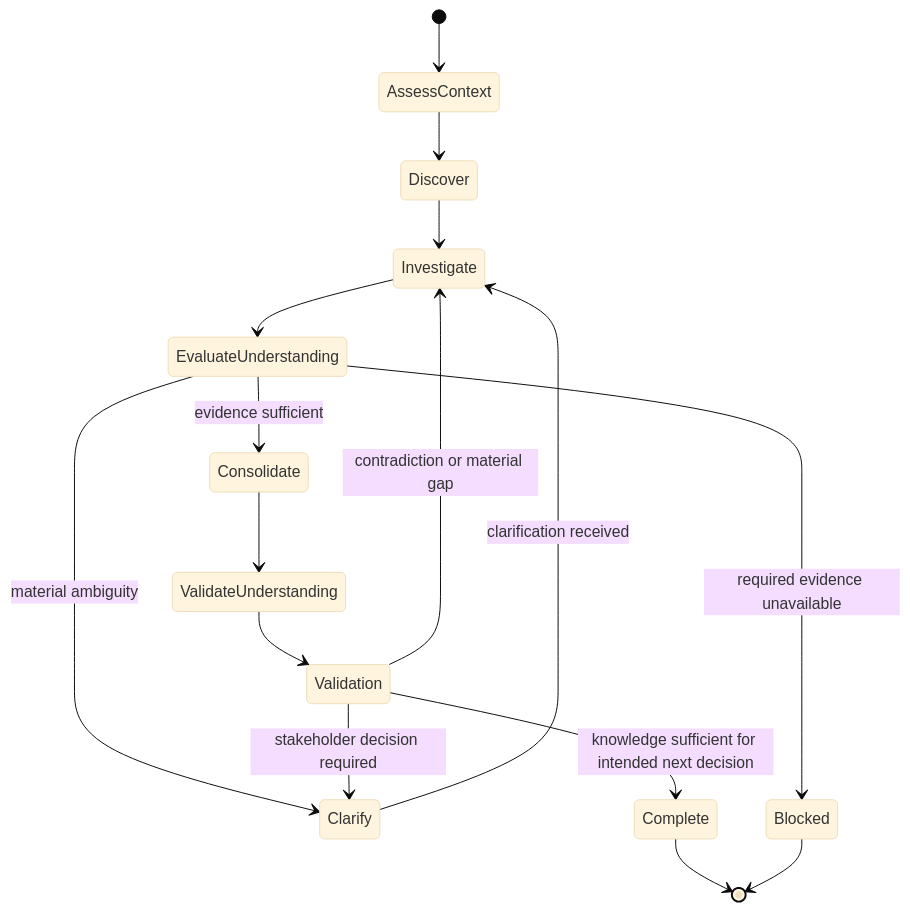
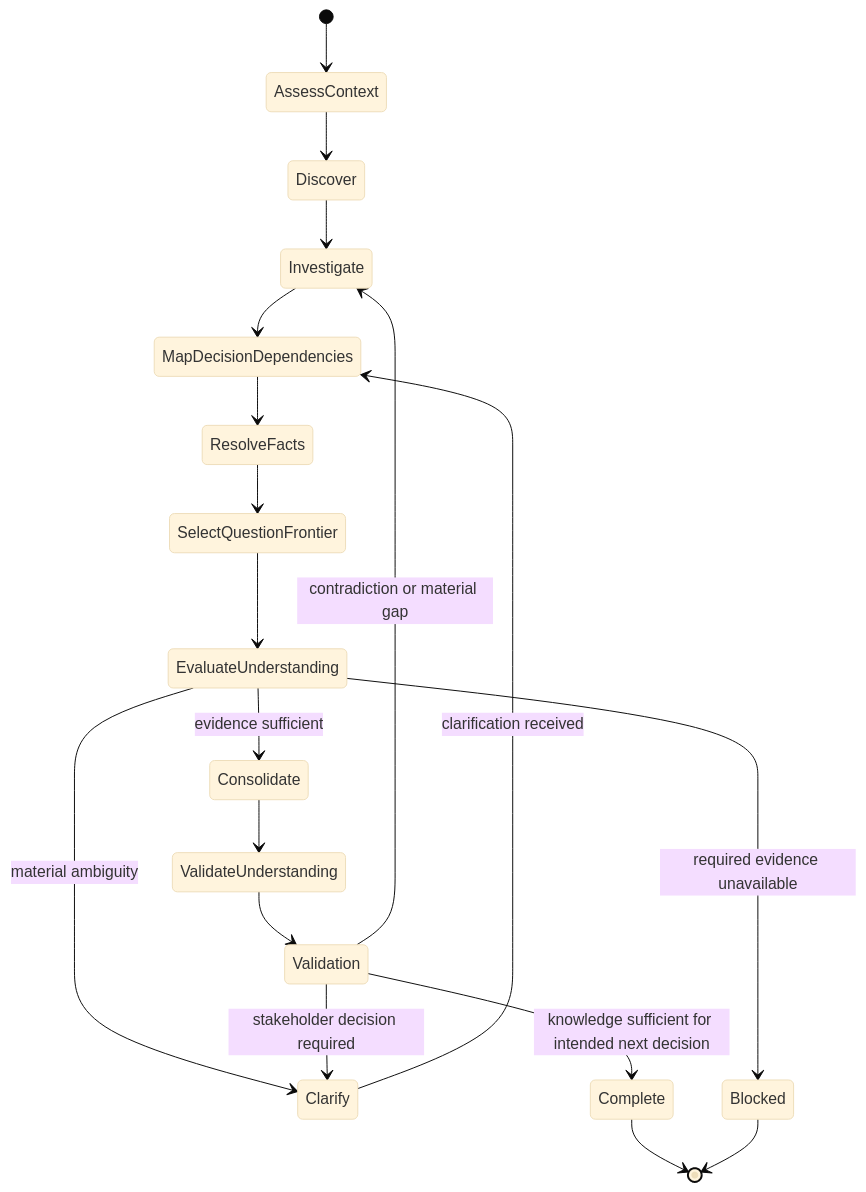
Before and after one commit to JadsonLucena/agent-toolkit: the diagram in contexts/requirements/skills/elicitation/SKILL.md, drawn with Mermaid (base theme). The commit also changed other lines of this file and 1 other file, not shown here.

Commit message:
feat(requirements): use risk-proportionate decision-frontier elicitation

````diff
--- a/contexts/requirements/skills/elicitation/SKILL.md
+++ b/contexts/requirements/skills/elicitation/SKILL.md
@@ -20,24 +20,27 @@
 ```mermaid
 stateDiagram-v2
     [*] --> AssessContext
     AssessContext --> Discover
     Discover --> Investigate
-    Investigate --> EvaluateUnderstanding
+    Investigate --> MapDecisionDependencies
+    MapDecisionDependencies --> ResolveFacts
+    ResolveFacts --> SelectQuestionFrontier
+    SelectQuestionFrontier --> EvaluateUnderstanding
 
     state EvaluateUnderstanding <<choice>>
     EvaluateUnderstanding --> Clarify: material ambiguity
     EvaluateUnderstanding --> Consolidate: evidence sufficient
     EvaluateUnderstanding --> Blocked: required evidence unavailable
 
-    Clarify --> Investigate: clarification received
+    Clarify --> MapDecisionDependencies: clarification received
     Consolidate --> ValidateUnderstanding
     ValidateUnderstanding --> Validation
 
     state Validation <<choice>>
     Validation --> Complete: knowledge sufficient for intended next decision
     Validation --> Investigate: contradiction or material gap
     Validation --> Clarify: stakeholder decision required
 
     Complete --> [*]
     Blocked --> [*]
 ```
````
